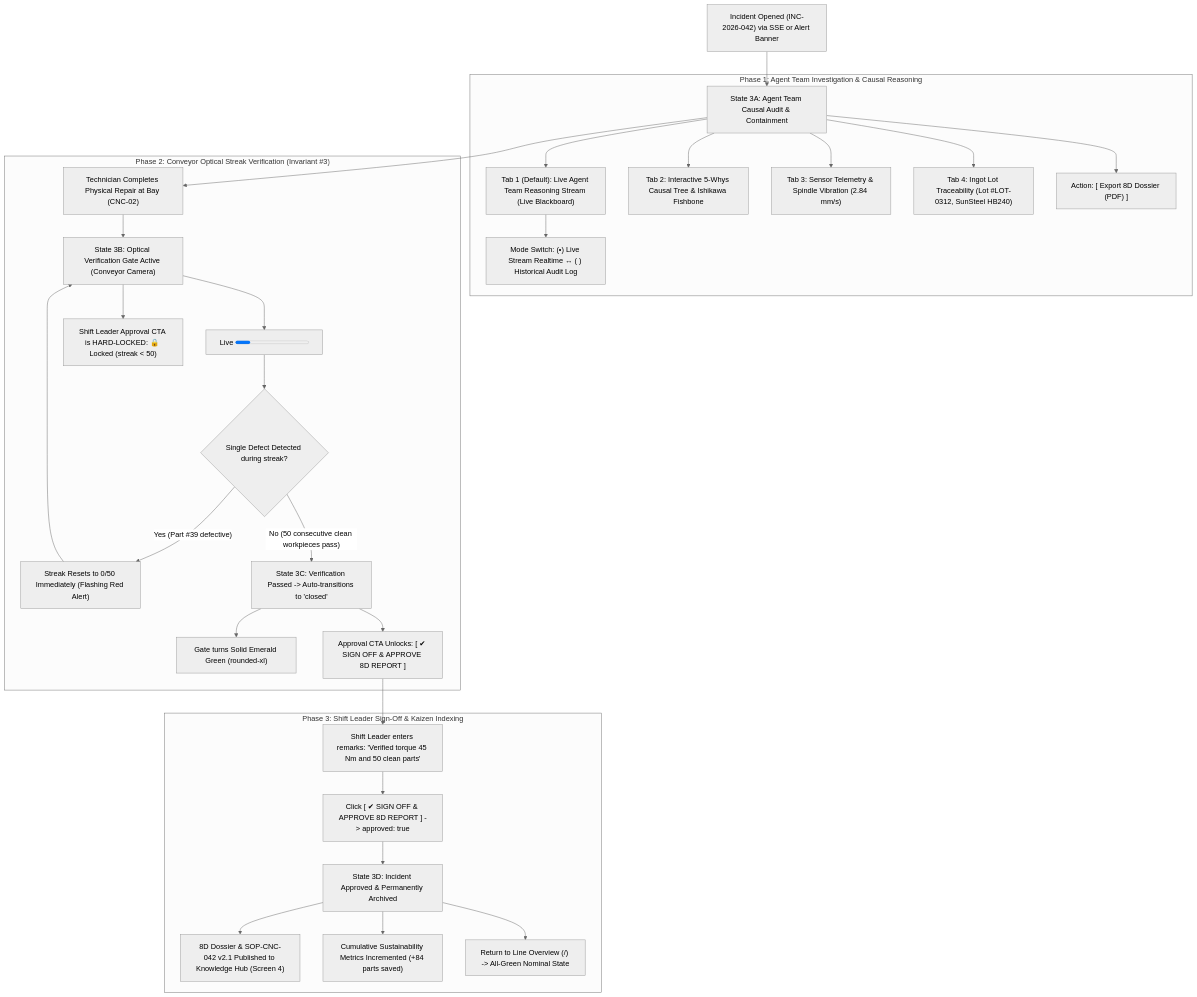
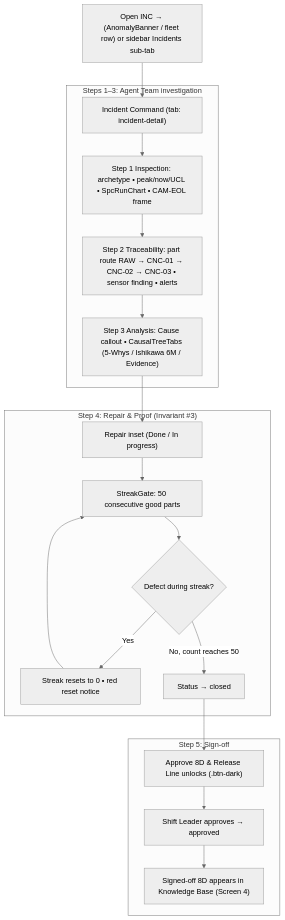
Before and after one commit to vanduc2514/hackathon-builder-cup-manufacturing-anomaly: the diagram in docs/wireframes/03_incident_workspace.md, drawn with Mermaid (neutral theme). The commit also changed other lines of this file and 7 other files, not shown here.

````diff
--- a/docs/wireframes/03_incident_workspace.md
+++ b/docs/wireframes/03_incident_workspace.md
@@ -16,37 +15,25 @@
 ```mermaid
 flowchart TD
-    A["Incident Opened (INC-2026-042) via SSE or Alert Banner"] --> B["State 3A: Agent Team Causal Audit & Containment"]
-    
-    subgraph Investigate ["Phase 1: Agent Team Investigation & Causal Reasoning"]
-        B --> B1["Tab 1 (Default): Live Agent Team Reasoning Stream (Live Blackboard)"]
-        B1 --> B1A["Mode Switch: (•) Live Stream Realtime ↔ ( ) Historical Audit Log"]
-        B --> B2["Tab 2: Interactive 5-Whys Causal Tree & Ishikawa Fishbone"]
-        B --> B3["Tab 3: Sensor Telemetry & Spindle Vibration (2.84 mm/s)"]
-        B --> B4["Tab 4: Ingot Lot Traceability (Lot #LOT-0312, SunSteel HB240)"]
-        B --> B5["Action: [ Export 8D Dossier (PDF) ]"]
+    A["Open INC → (AnomalyBanner / fleet row) or sidebar Incidents sub-tab"] --> B["Incident Command (tab: incident-detail)"]
+
+    subgraph Investigate ["Steps 1–3: Agent Team investigation"]
+        B --> S1["Step 1 Inspection: archetype • peak/now/UCL • SpcRunChart • CAM-EOL frame"]
+        S1 --> S2["Step 2 Traceability: part route RAW → CNC-01 → CNC-02 → CNC-03 • sensor finding • alerts"]
+        S2 --> S3["Step 3 Analysis: Cause callout • CausalTreeTabs (5-Whys / Ishikawa 6M / Evidence)"]
     end
-    
-    subgraph VerificationGate ["Phase 2: Conveyor Optical Streak Verification (Invariant #3)"]
-        B --> C["Technician Completes Physical Repair at Bay (CNC-02)"]
-        C --> D["State 3B: Optical Verification Gate Active (Conveyor Camera)"]
-        D --> D1["Live <Progress> Bar Increments via SSE (0..49 / 50 Good Parts)"]
-        D --> D2["Shift Leader Approval CTA is HARD-LOCKED: 🔒 Locked (streak < 50)"]
-        
-        D1 --> E{"Single Defect Detected during streak?"}
-        E -->|"Yes (Part #39 defective)"| F["Streak Resets to 0/50 Immediately (Flashing Red Alert)"]
-        F --> D
-        
-        E -->|"No (50 consecutive clean workpieces pass)"| G["State 3C: Verification Passed -> Auto-transitions to 'closed'"]
-        G --> G1["Gate turns Solid Emerald Green (rounded-xl)"]
-        G --> G2["Approval CTA Unlocks: [ ✔ SIGN OFF & APPROVE 8D REPORT ]"]
+
+    subgraph Proof ["Step 4: Repair & Proof (Invariant #3)"]
+        S3 --> S4["Repair inset (Done / In progress)"]
+        S4 --> G["StreakGate: 50 consecutive good parts"]
+        G --> E{"Defect during streak?"}
+        E -->|"Yes"| R["Streak resets to 0 • red reset notice"]
+        R --> G
+        E -->|"No, count reaches 50"| C["Status → closed"]
     end
-    
-    subgraph Signoff ["Phase 3: Shift Leader Sign-Off & Kaizen Indexing"]
-        G2 --> H["Shift Leader enters remarks: 'Verified torque 45 Nm and 50 clean parts'"]
-        H --> I["Click [ ✔ SIGN OFF & APPROVE 8D REPORT ] -> approved: true"]
-        I --> J["State 3D: Incident Approved & Permanently Archived"]
-        J --> J1["8D Dossier & SOP-CNC-042 v2.1 Published to Knowledge Hub (Screen 4)"]
-        J --> J2["Cumulative Sustainability Metrics Incremented (+84 parts saved)"]
-        J --> J3["Return to Line Overview (/) -> All-Green Nominal State"]
+
+    subgraph Signoff ["Step 5: Sign-off"]
+        C --> U["Approve 8D & Release Line unlocks (.btn-dark)"]
+        U --> AP["Shift Leader approves → approved"]
+        AP --> K["Signed-off 8D appears in Knowledge Base (Screen 4)"]
     end
 ```
````
